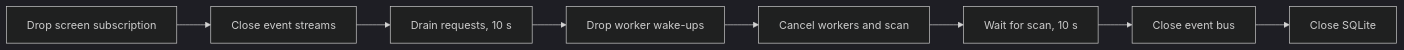
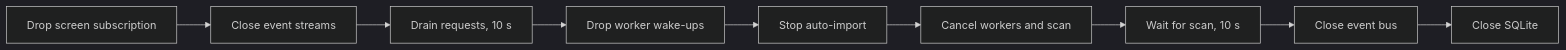
Before and after one commit to syudead/vv: the third of 3 diagrams in docs/design-docs/process-lifecycle.md, drawn with Mermaid (dark theme). The commit also changed other lines of this file and 17 other files, not shown here.

````diff
--- a/docs/design-docs/process-lifecycle.md
+++ b/docs/design-docs/process-lifecycle.md
@@ -77,10 +83,11 @@
 ```mermaid
 flowchart LR
   screen[Drop screen subscription] --> streams[Close event streams]
   streams --> drain[Drain requests, 10 s]
   drain --> wake[Drop worker wake-ups]
-  wake --> cancel[Cancel workers and scan]
+  wake --> auto[Stop auto-import]
+  auto --> cancel[Cancel workers and scan]
   cancel --> scan[Wait for scan, 10 s]
   scan --> bus[Close event bus]
   bus --> db[Close SQLite]
 ```
````
